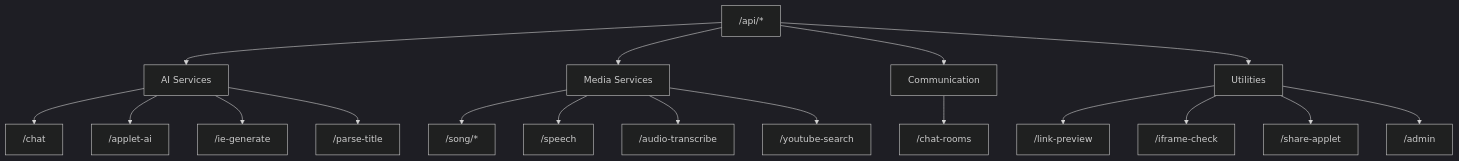
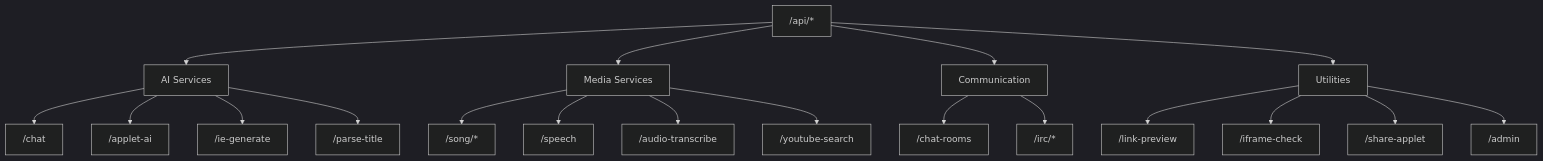
One commit to ryokun6/ryos changed the second of 2 diagrams in docs/8-api-reference.md. Above: the diagram before and after it, drawn with Mermaid (dark theme). The commit also changed other lines of this file, not shown here.

Commit message:
Document IRC API endpoints

````diff
--- a/docs/8-api-reference.md
+++ b/docs/8-api-reference.md
@@ -70,25 +77,26 @@
 ```mermaid
 graph TD
     API["/api/*"]
     API --> AI[AI Services]
     API --> Media[Media Services]
     API --> Comm[Communication]
     API --> Util[Utilities]
     
     AI --> chat["/chat"]
     AI --> applet["/applet-ai"]
     AI --> ie["/ie-generate"]
     AI --> parse["/parse-title"]
     
     Media --> song["/song/*"]
     Media --> speech["/speech"]
     Media --> transcribe["/audio-transcribe"]
     Media --> yt["/youtube-search"]
     
     Comm --> rooms["/chat-rooms"]
+    Comm --> irc["/irc/*"]
     
     Util --> preview["/link-preview"]
     Util --> iframe["/iframe-check"]
     Util --> share["/share-applet"]
     Util --> admin["/admin"]
 ```
````
